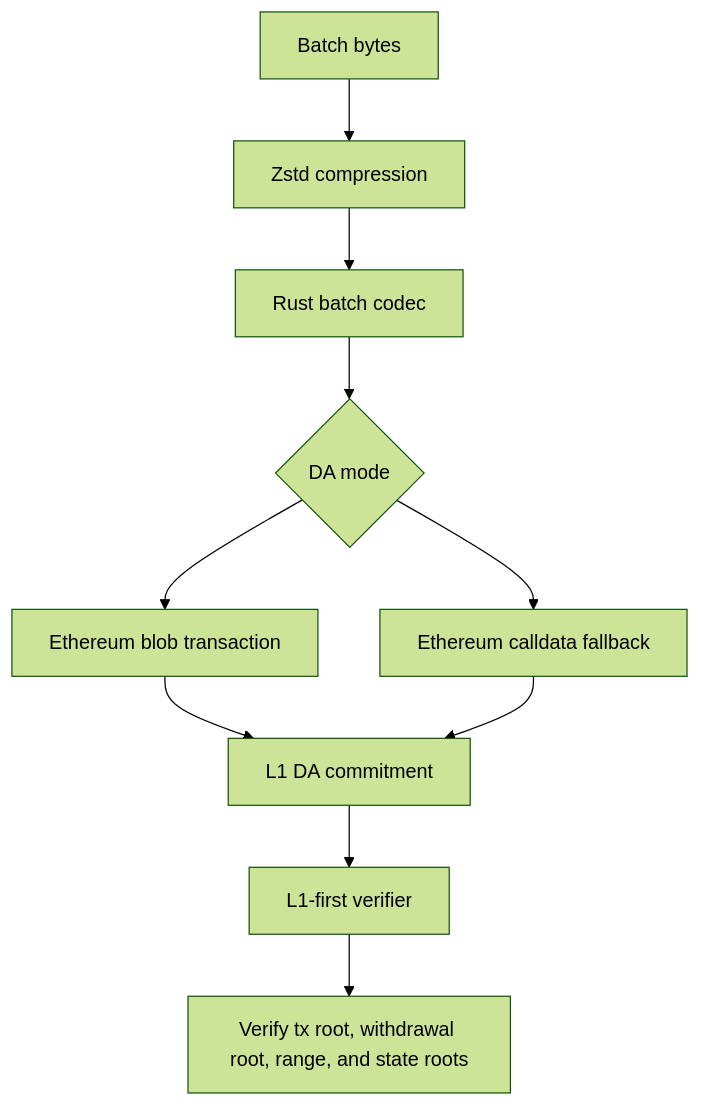
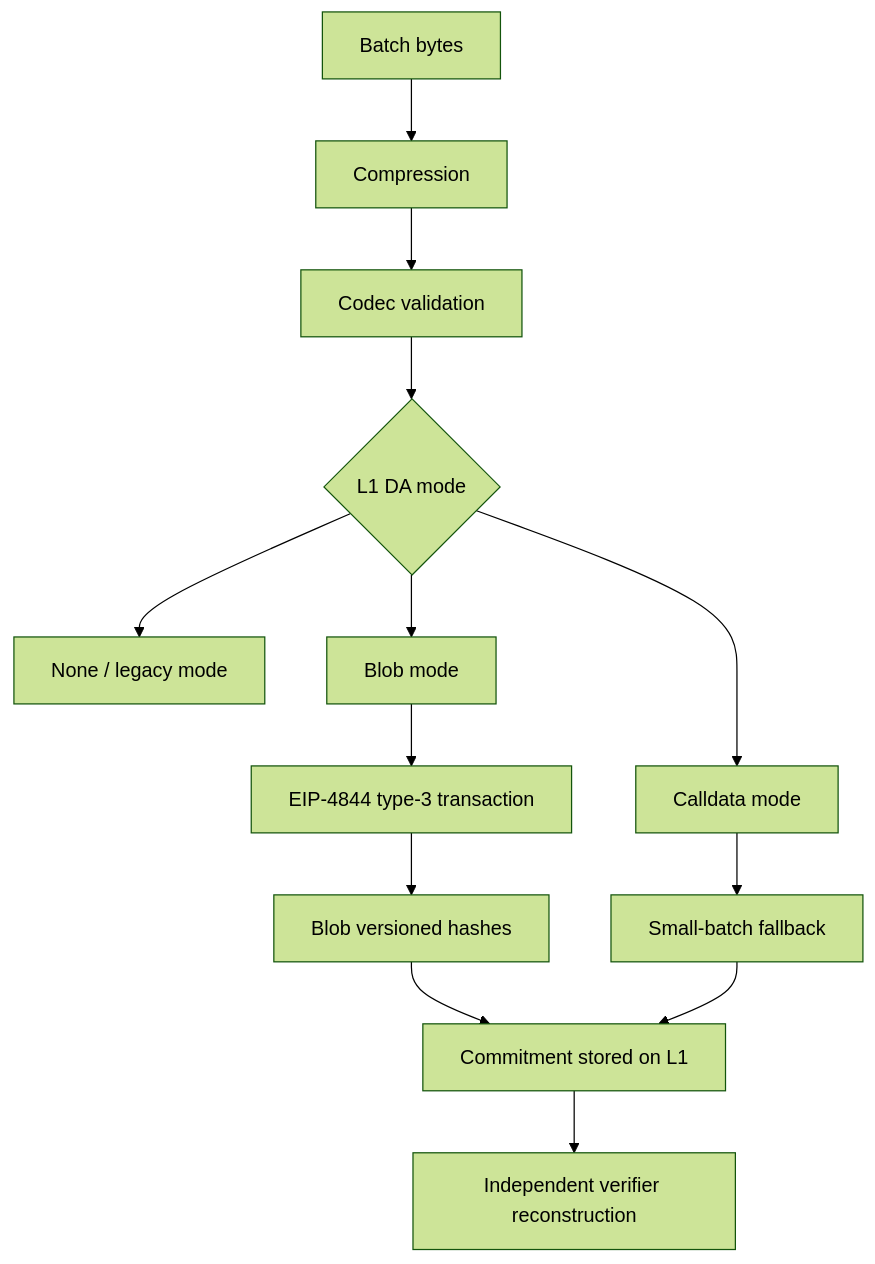
Before and after one commit to TeQoin-Blockchain/TeQoin-l2: the sixth of 8 diagrams in docs/ARCHITECTURE.md, drawn with Mermaid (forest theme). The commit also changed other lines of this file and 2 other files, not shown here.

Commit message:
docs(readme): polish architecture visuals

````diff
--- a/docs/ARCHITECTURE.md
+++ b/docs/ARCHITECTURE.md
@@ -178,12 +222,15 @@
 ```mermaid
 flowchart TB
-  batch[Batch bytes] --> compress[Zstd compression]
-  compress --> codec[Rust batch codec]
-  codec --> da{DA mode}
-  da --> blob[Ethereum blob transaction]
-  da --> calldata[Ethereum calldata fallback]
-  blob --> commit[L1 DA commitment]
-  calldata --> commit
-  commit --> verifier[L1-first verifier]
-  verifier --> roots[Verify tx root, withdrawal root, range, and state roots]
+  A[Batch bytes] --> B[Compression]
+  B --> C[Codec validation]
+  C --> Mode{L1 DA mode}
+  Mode --> None[None / legacy mode]
+  Mode --> Calldata[Calldata mode]
+  Mode --> Blob[Blob mode]
+  Calldata --> Small[Small-batch fallback]
+  Blob --> Type3[EIP-4844 type-3 transaction]
+  Type3 --> Hashes[Blob versioned hashes]
+  Hashes --> L1Commit[Commitment stored on L1]
+  Small --> L1Commit
+  L1Commit --> Verify[Independent verifier reconstruction]
 ```
````
